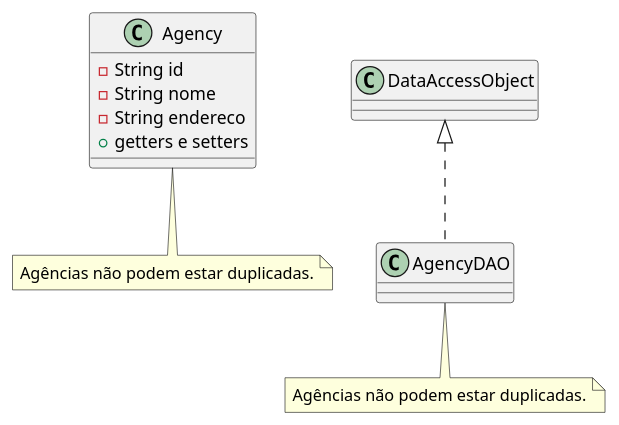
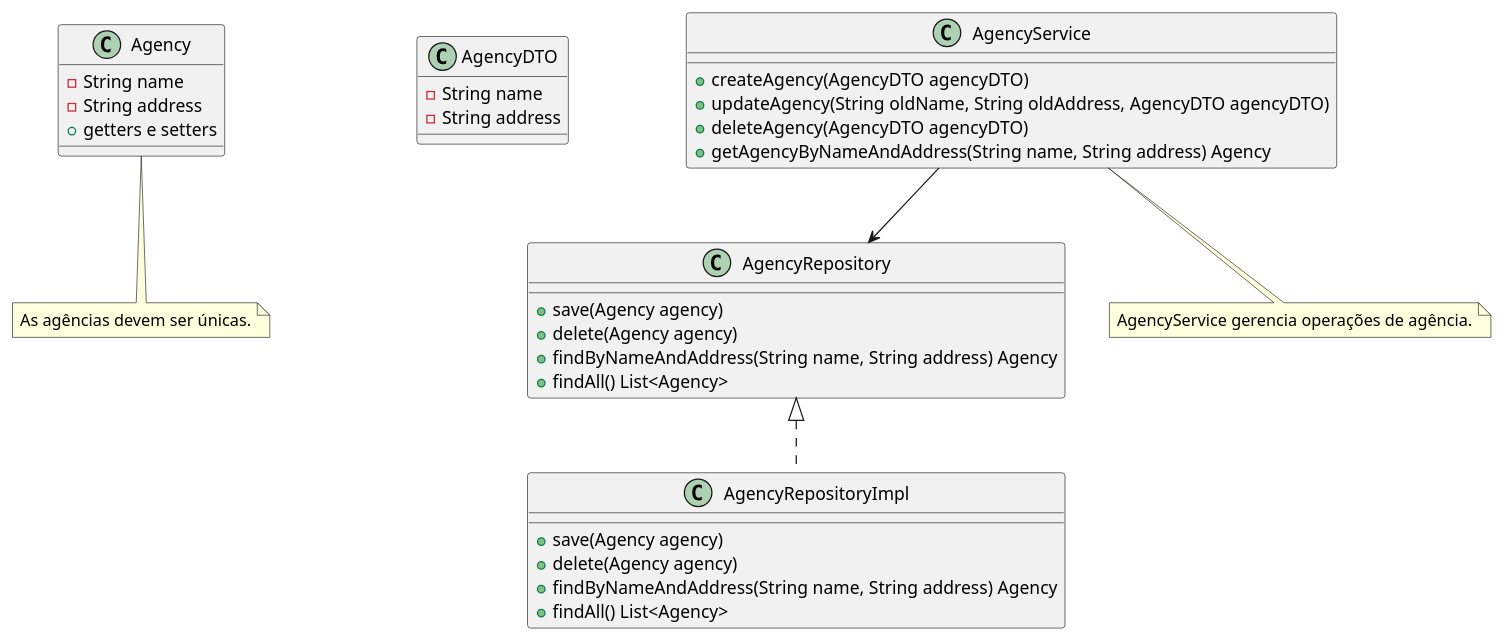
One commit to Team-1-Santander-Coders/LocadoraTeam1 changed the diagram in infos/Diagrams/Agencias.puml. Above: the diagram before and after it, drawn with PlantUML. The commit also changed 14 other files, not shown here.

```diff
--- a/infos/Diagrams/Agencias.puml
+++ b/infos/Diagrams/Agencias.puml
@@ -1,17 +1,43 @@
 @startuml
 class Agency {
-    -String id
-    -String nome
-    -String endereco
+    -String name
+    -String address
     +getters e setters
 }
-class AgencyDAO
 
-DataAccessObject <|.. AgencyDAO
+class AgencyDTO {
+    -String name
+    -String address
+}
 
-note "Agências não podem estar duplicadas." as N1
+class AgencyRepository {
+    +save(Agency agency)
+    +delete(Agency agency)
+    +findByNameAndAddress(String name, String address) Agency
+    +findAll() List<Agency>
+}
+
+class AgencyRepositoryImpl {
+    +save(Agency agency)
+    +delete(Agency agency)
+    +findByNameAndAddress(String name, String address) Agency
+    +findAll() List<Agency>
+}
+
+class AgencyService {
+    +createAgency(AgencyDTO agencyDTO)
+    +updateAgency(String oldName, String oldAddress, AgencyDTO agencyDTO)
+    +deleteAgency(AgencyDTO agencyDTO)
+    +getAgencyByNameAndAddress(String name, String address) Agency
+}
+
+AgencyService --> AgencyRepository
+AgencyRepository <|.. AgencyRepositoryImpl
+
+note "As agências devem ser únicas." as N1
 Agency .. N1
 
-note "Agências não podem estar duplicadas." as N2
-AgencyDAO .. N2
+note "AgencyService gerencia operações de agência." as N2
+AgencyService .. N2
+
 @enduml
```
